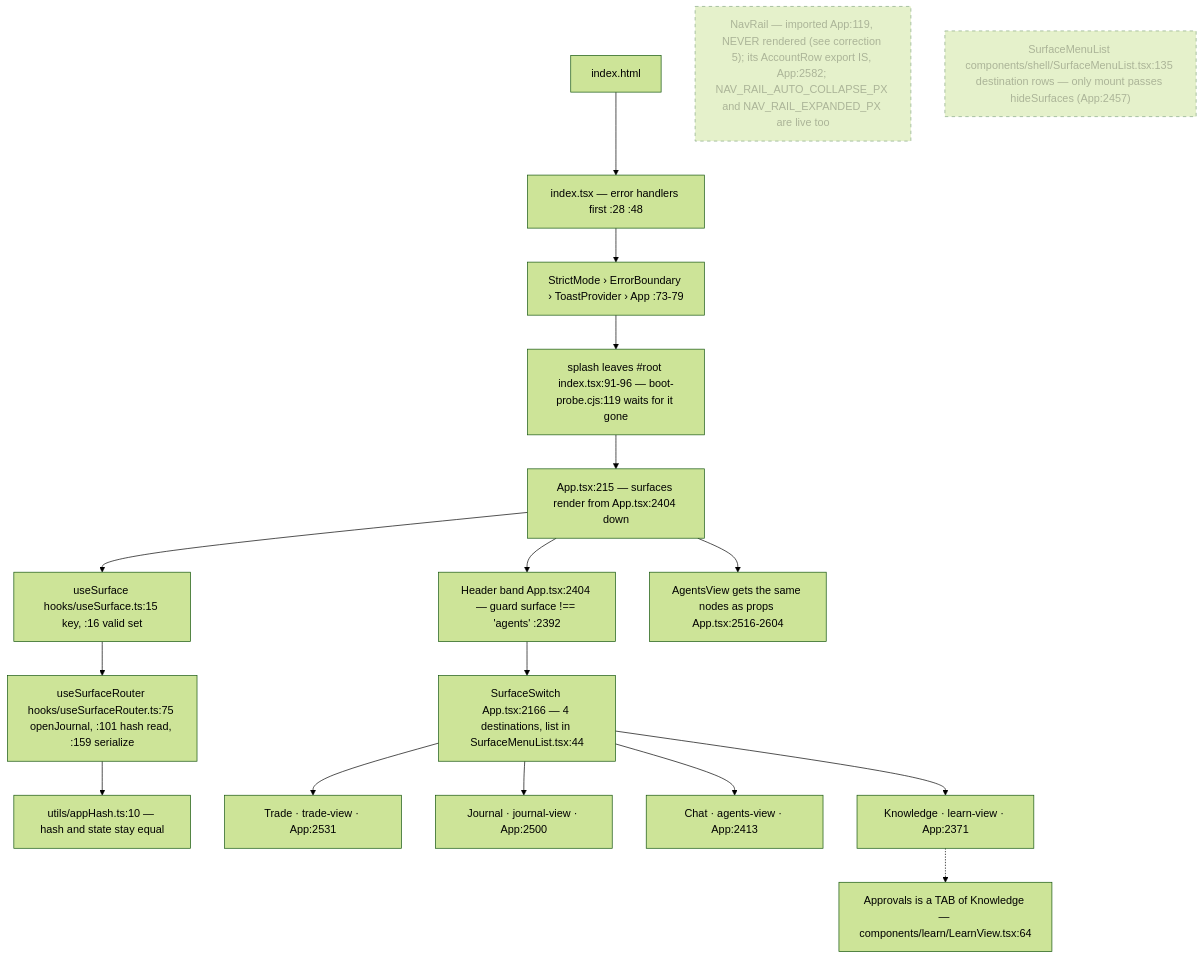
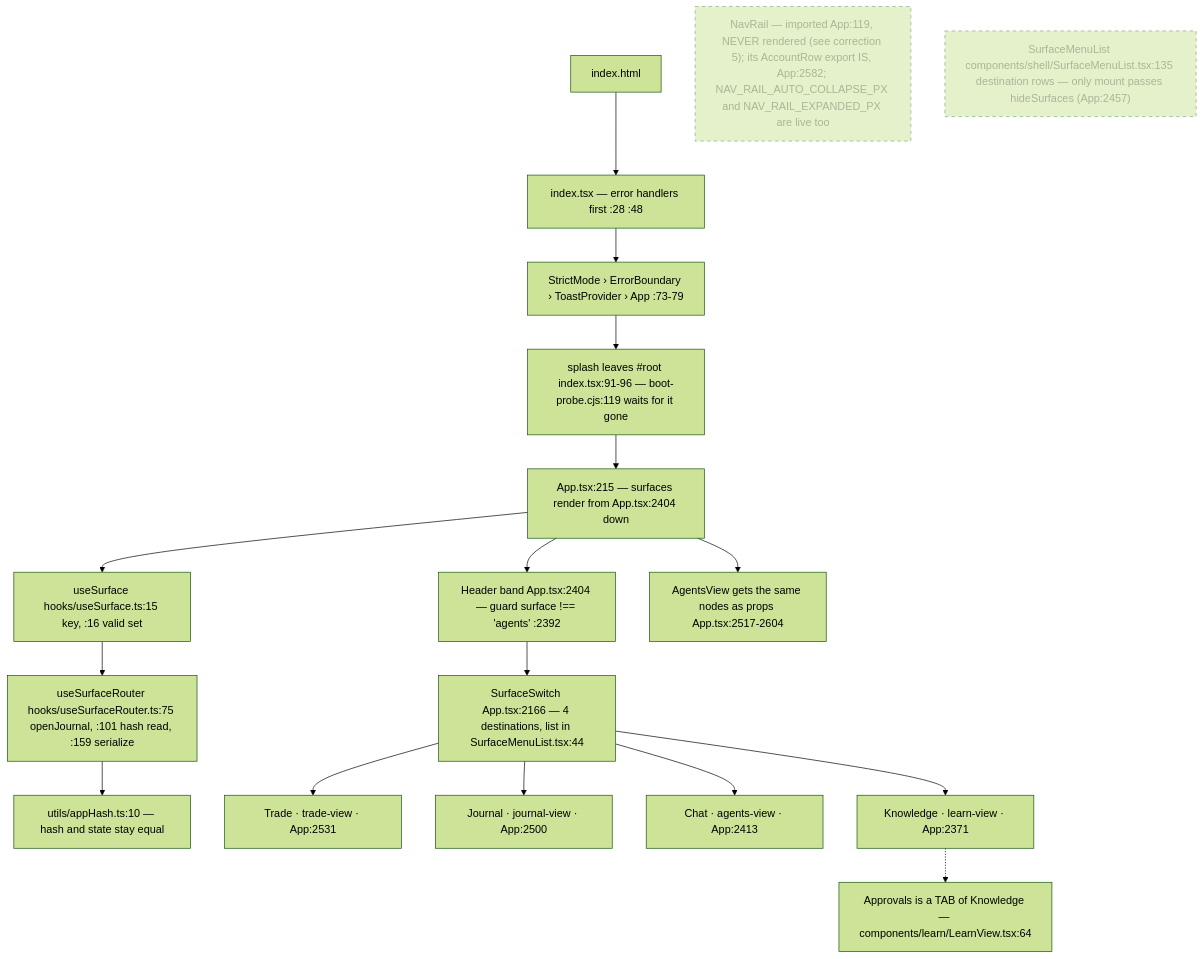
Before and after one commit to Acepay25/august-3.5: the first of 8 diagrams in docs/app-flow.md, drawn with Mermaid (forest theme). The commit also changed other lines of this file and 10 other files, not shown here.

````diff
--- a/docs/app-flow.md
+++ b/docs/app-flow.md
@@ -49,21 +49,21 @@
 ```mermaid
 flowchart TD
     H["index.html"] --> I["index.tsx — error handlers first :28 :48"]
     I --> S["StrictMode › ErrorBoundary › ToastProvider › App :73-79"]
     S --> SP["splash leaves #root index.tsx:91-96 — boot-probe.cjs:119 waits for it gone"]
     SP --> APP["App.tsx:215 — surfaces render from App.tsx:2404 down"]
     APP --> US["useSurface hooks/useSurface.ts:15 key, :16 valid set"]
     US --> UR["useSurfaceRouter hooks/useSurfaceRouter.ts:75 openJournal, :101 hash read, :159 serialize"]
     UR --> HASH["utils/appHash.ts:10 — hash and state stay equal"]
     APP --> HD["Header band App.tsx:2404 — guard surface !== 'agents' :2392"]
     HD --> SW["SurfaceSwitch App.tsx:2166 — 4 destinations, list in SurfaceMenuList.tsx:44"]
-    APP --> AV["AgentsView gets the same nodes as props App.tsx:2516-2604"]
+    APP --> AV["AgentsView gets the same nodes as props App.tsx:2517-2604"]
     SW --> T["Trade · trade-view · App:2531"]
     SW --> J["Journal · journal-view · App:2500"]
     SW --> C["Chat · agents-view · App:2413"]
     SW --> K["Knowledge · learn-view · App:2371"]
     K -.-> AP["Approvals is a TAB of Knowledge — components/learn/LearnView.tsx:64"]
     NR["NavRail — imported App:119, NEVER rendered (see correction 5); its AccountRow export IS, App:2582; NAV_RAIL_AUTO_COLLAPSE_PX and NAV_RAIL_EXPANDED_PX are live too"]:::dead
     SM["SurfaceMenuList components/shell/SurfaceMenuList.tsx:135 destination rows — only mount passes hideSurfaces (App:2457)"]:::dead
     classDef dead stroke-dasharray: 5 5,opacity:.5
 ```
````
